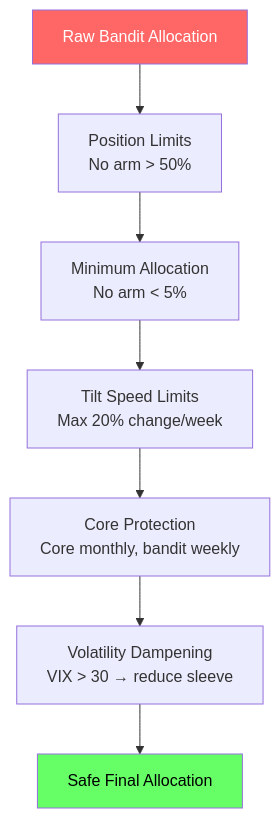
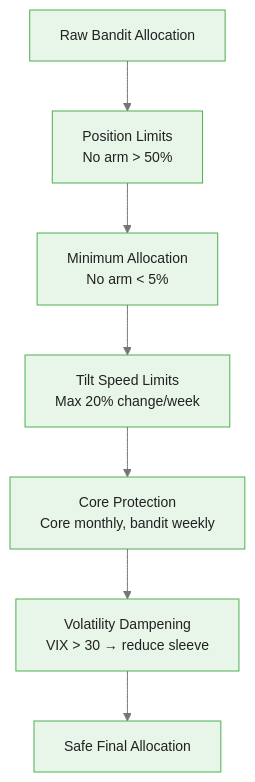
One commit to m-deane/course-creator changed the third of 4 diagrams in courses/multi-armed-bandits-ab-testing/modules/module_05_commodity_trading_bandits/guides/01_accumulator_bandit_playbook_slides.md. Above: the diagram before and after it, drawn with Mermaid. The commit also changed other lines of this file and 146 other files, not shown here.

````diff
--- a/courses/multi-armed-bandits-ab-testing/modules/module_05_commodity_trading_bandits/guides/01_accumulator_bandit_playbook_slides.md
+++ b/courses/multi-armed-bandits-ab-testing/modules/module_05_commodity_trading_bandits/guides/01_accumulator_bandit_playbook_slides.md
@@ -210,12 +249,10 @@
 ```mermaid
+%%{init: {"theme": "base", "themeVariables": {"primaryColor": "#e8f5e9", "primaryBorderColor": "#4caf50", "primaryTextColor": "#212121", "secondaryColor": "#e3f2fd", "tertiaryColor": "#fff8e1", "lineColor": "#757575", "fontFamily": "Inter, sans-serif", "fontSize": "14px"}}}%%
 flowchart TD
     Raw["Raw Bandit Allocation"] --> G1["Position Limits<br/>No arm > 50%"]
     G1 --> G2["Minimum Allocation<br/>No arm < 5%"]
     G2 --> G3["Tilt Speed Limits<br/>Max 20% change/week"]
     G3 --> G4["Core Protection<br/>Core monthly, bandit weekly"]
     G4 --> G5["Volatility Dampening<br/>VIX > 30 → reduce sleeve"]
     G5 --> Safe["Safe Final Allocation"]
-
-    style Raw fill:#f66,color:#fff
-    style Safe fill:#6f6,color:#000
 ```
````
